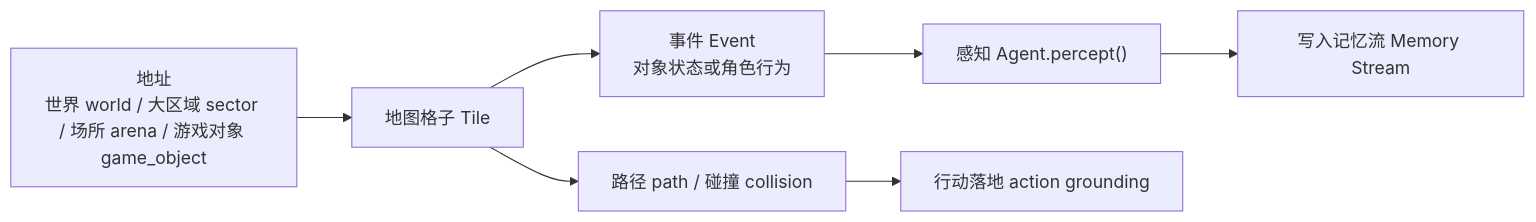
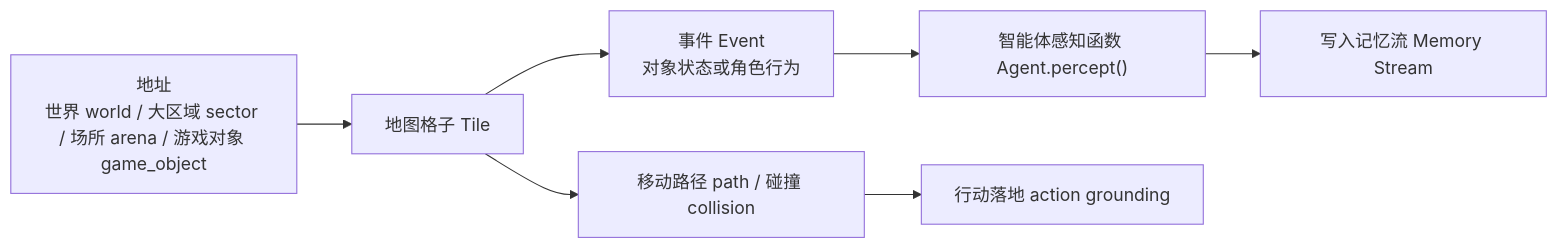
Before and after one commit to tbkken/GenerativeAgentsCN: the second of 2 diagrams in docs/book/manuscript/part_03/chapter_14.md, drawn with Mermaid. The commit also changed other lines of this file and 33 other files, not shown here.

````diff
--- a/docs/book/manuscript/part_03/chapter_14.md
+++ b/docs/book/manuscript/part_03/chapter_14.md
@@ -824,9 +824,9 @@
 ```mermaid
 flowchart LR
     Address["地址<br/>世界 world / 大区域 sector / 场所 arena / 游戏对象 game_object"] --> Tile["地图格子 Tile"]
     Tile --> Event["事件 Event<br/>对象状态或角色行为"]
-    Event --> Percept["感知 Agent.percept()"]
+    Event --> Percept["智能体感知函数 Agent.percept()"]
     Percept --> Memory["写入记忆流 Memory Stream"]
-    Tile --> Path["路径 path / 碰撞 collision"]
+    Tile --> Path["移动路径 path / 碰撞 collision"]
     Path --> Action["行动落地 action grounding"]
 ```
````
